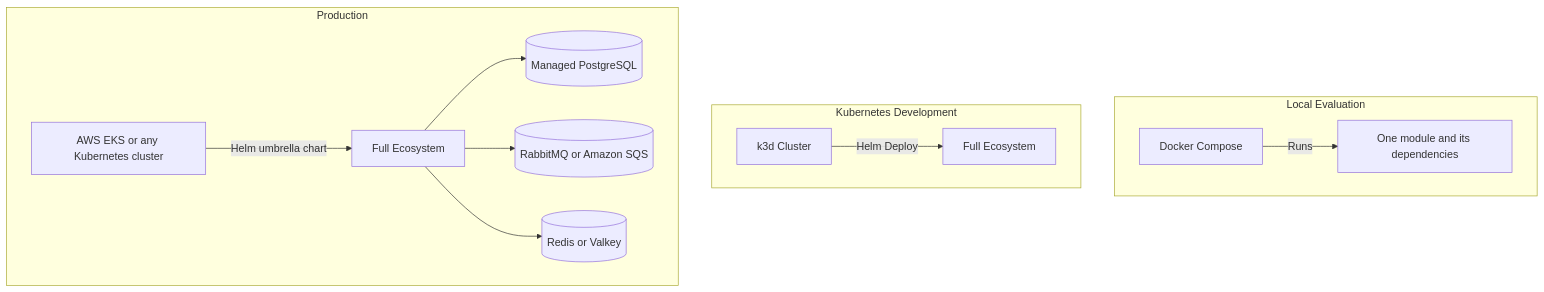
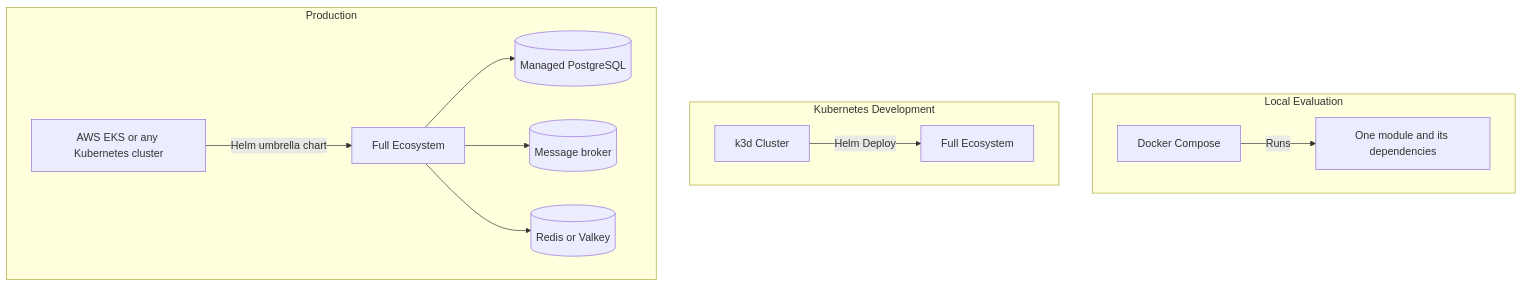
The fifth of 5 diagrams in introduction/architecture.md (Labs64/labs64.io-docs), drawn with Mermaid before and after one commit. The commit also changed other lines of this file and 3 other files, not shown here.

````diff
--- a/introduction/architecture.md
+++ b/introduction/architecture.md
@@ -180,17 +190,17 @@
 ```mermaid
 flowchart TB
     subgraph Local Evaluation
         DC[Docker Compose] -->|Runs| M1[One module and its dependencies]
     end
 
     subgraph Kubernetes Development
         K3D[k3d Cluster] -->|Helm Deploy| E1[Full Ecosystem]
     end
 
     subgraph Production
         K8S[AWS EKS or any Kubernetes cluster] -->|Helm umbrella chart| E2[Full Ecosystem]
         E2 --> PG_DB[("Managed PostgreSQL")]
-        E2 --> BROKER[("RabbitMQ or Amazon SQS")]
+        E2 --> BROKER[("Message broker")]
         E2 --> CACHE[("Redis or Valkey")]
     end
 ```
````
